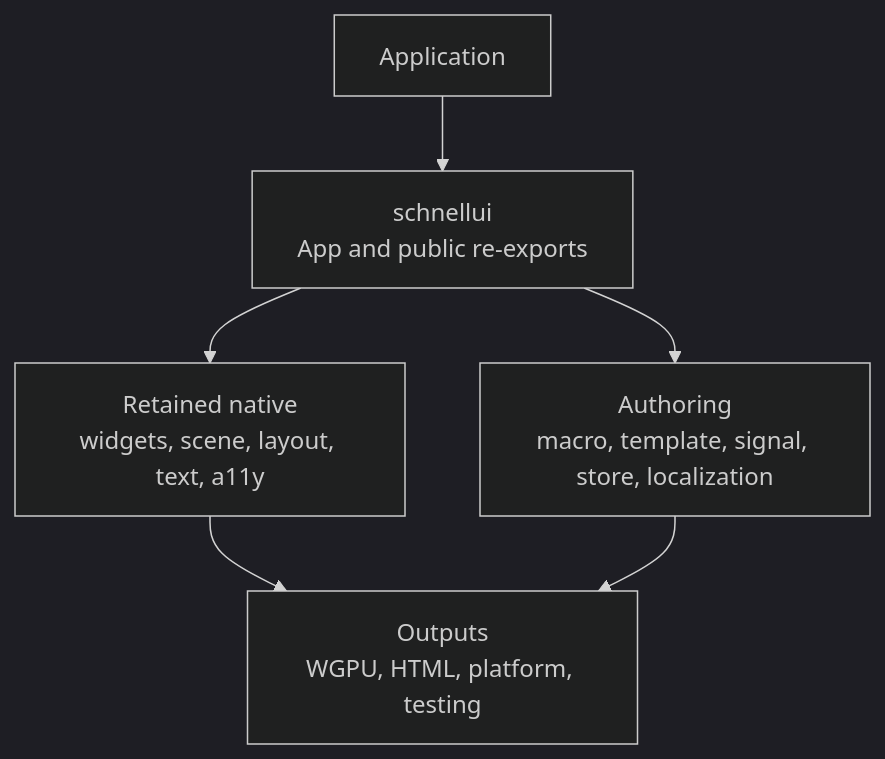
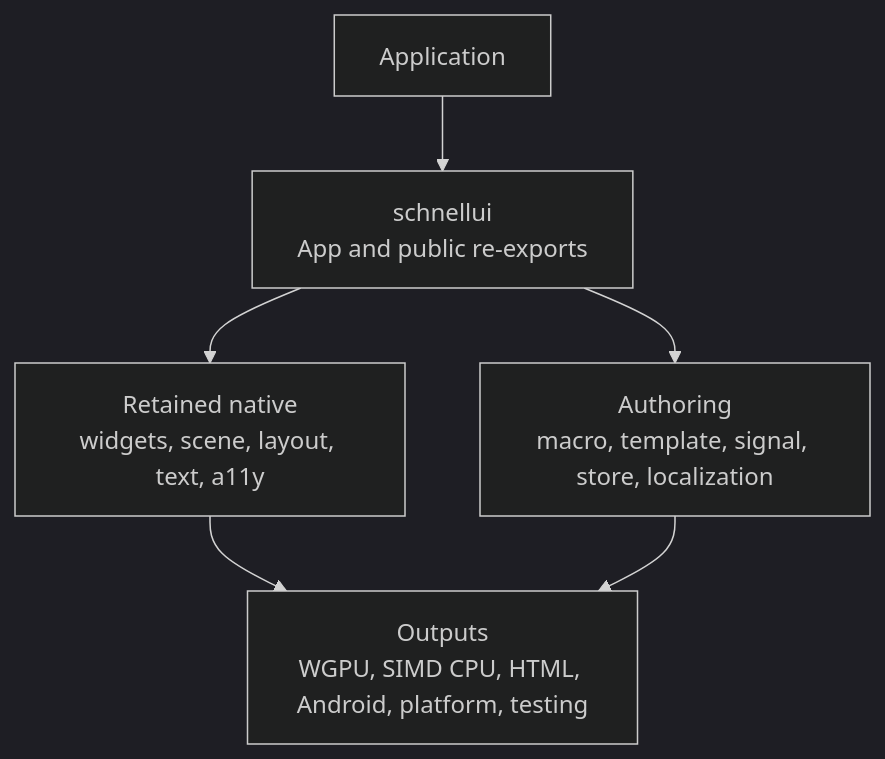
One commit to codefionn/schnellui changed the first of 3 diagrams in docs/architecture.md. Above: the diagram before and after it, drawn with Mermaid (dark theme). The commit also changed other lines of this file and 9 other files, not shown here.

````diff
--- a/docs/architecture.md
+++ b/docs/architecture.md
@@ -18,14 +20,14 @@
 ```mermaid
 flowchart TB
   app[Application]
   core["schnellui<br/>App and public re-exports"]
   authoring["Authoring<br/>macro, template, signal, store, localization"]
   retained["Retained native<br/>widgets, scene, layout, text, a11y"]
-  outputs["Outputs<br/>WGPU, HTML, platform, testing"]
+  outputs["Outputs<br/>WGPU, SIMD CPU, HTML, Android, platform, testing"]
 
   app --> core
   core --> authoring
   core --> retained
   retained --> outputs
   authoring --> outputs
 ```
````
